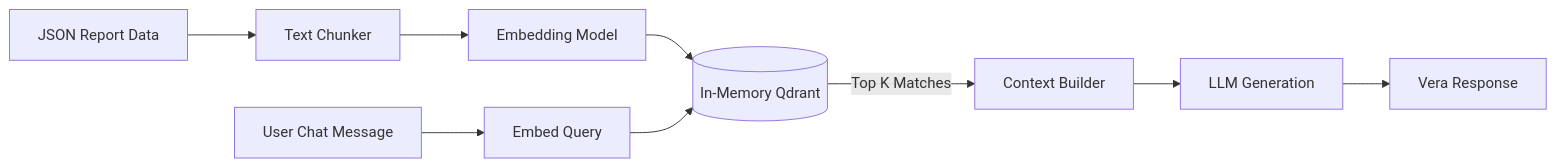
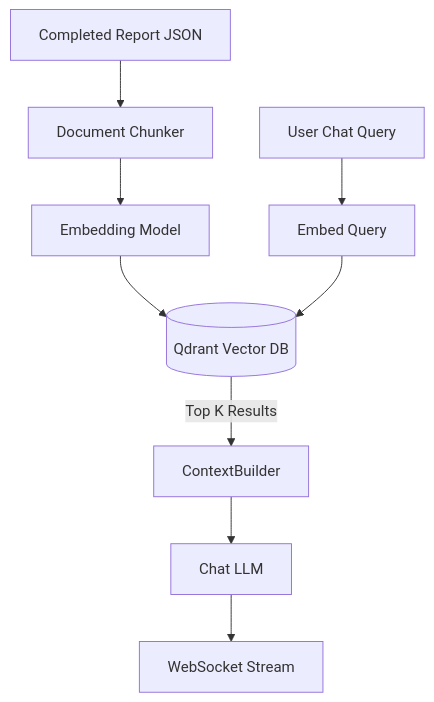
The fifth of 9 diagrams in docs/architecture.md (shreyar29/AI-Startup-Idea-Validator), drawn with Mermaid before and after one commit. The commit also changed other lines of this file and 6 other files, not shown here.

````diff
--- a/docs/architecture.md
+++ b/docs/architecture.md
@@ -116,12 +99,12 @@
 ```mermaid
-graph LR
-    Report[JSON Report Data] --> Chunk[Text Chunker]
-    Chunk --> Embed[Embedding Model]
-    Embed --> VectorStore[(In-Memory Qdrant)]
+graph TD
+    JSON[Completed Report JSON] --> Chunker[Document Chunker]
+    Chunker --> Embedder[Embedding Model]
+    Embedder --> VectorStore[(Qdrant Vector DB)]
     
-    UserQuery[User Chat Message] --> EmbedQuery[Embed Query]
+    UserQuery[User Chat Query] --> EmbedQuery[Embed Query]
     EmbedQuery --> VectorStore
-    VectorStore -->|Top K Matches| ContextBuilder[Context Builder]
-    ContextBuilder --> LLM[LLM Generation]
-    LLM --> Response[Vera Response]
+    VectorStore -->|Top K Results| ContextBuilder
+    ContextBuilder --> LLM[Chat LLM]
+    LLM --> Response[WebSocket Stream]
 ```
````
